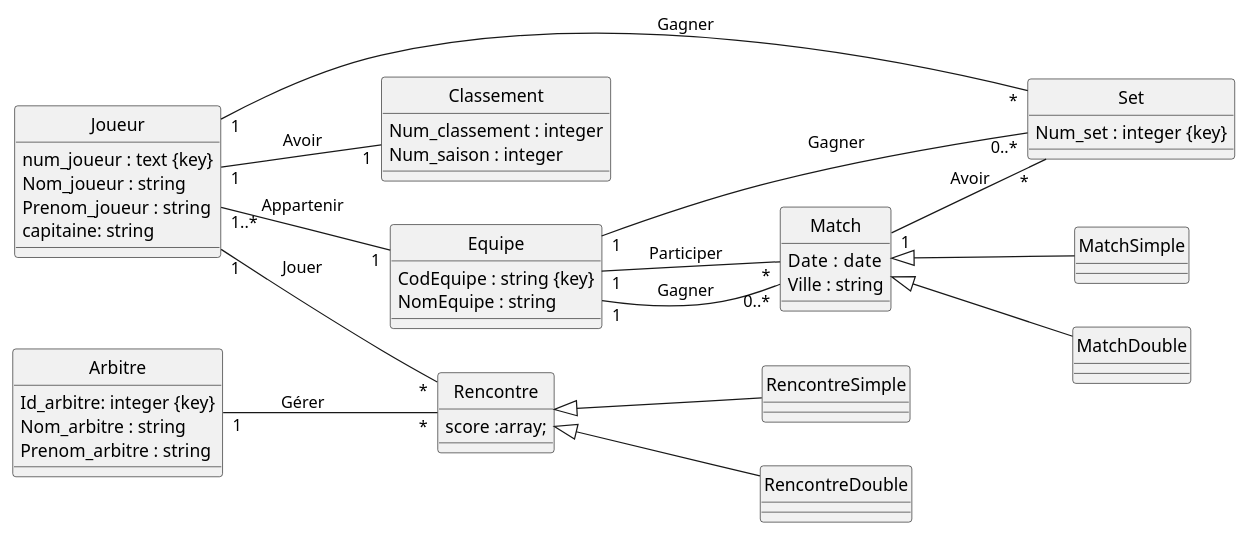
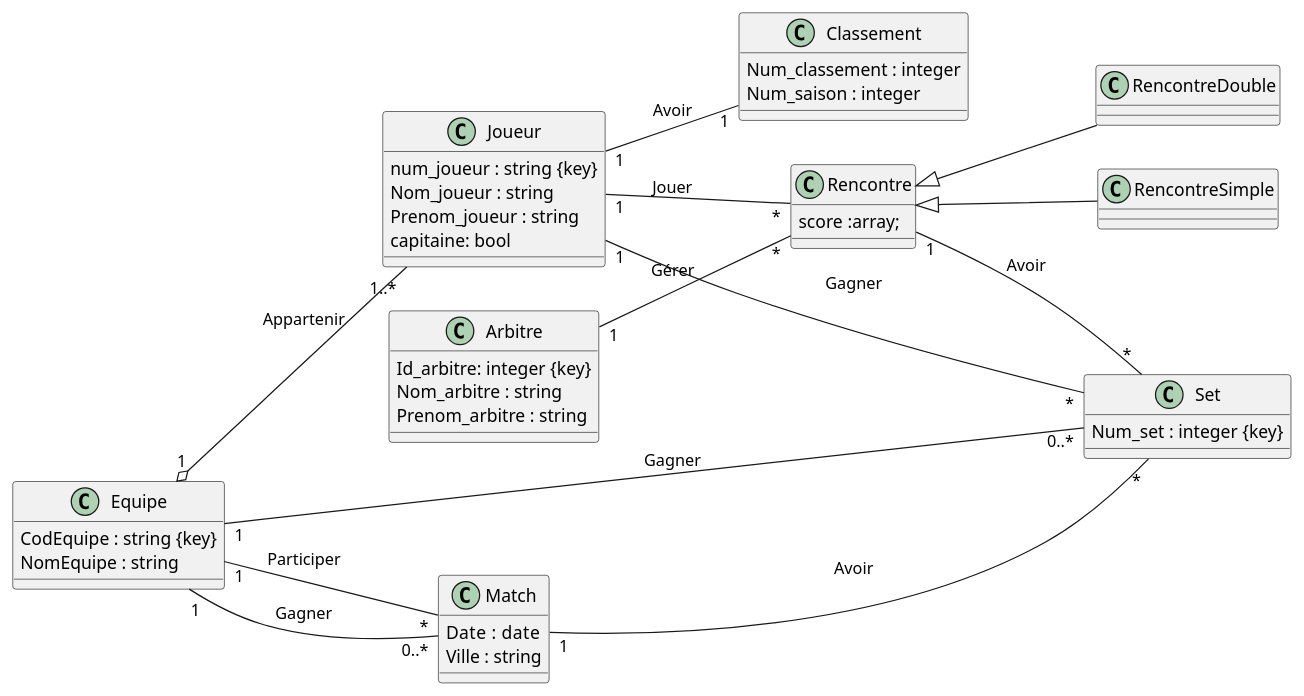
Before and after one commit to messaouda83/Tenniss_de_table: the diagram in diagramClass.plantuml, drawn with PlantUML.

Commit message:
supression des deux classes MatchDouble MatchSimple agregation entre joueur et equipe etablir le lien entre Match et set

```diff
--- a/diagramClass.plantuml
+++ b/diagramClass.plantuml
@@ -1,83 +1,71 @@
 @startuml
 
-hide circle
+'hide circle
 left to right direction 
 ' Déclaration de classes
 
 class Joueur
  {
-    num_joueur : text {key}
+    num_joueur : string {key}
     Nom_joueur : string
     Prenom_joueur : string
-    capitaine: string
+    capitaine: bool
  }
 
 class Classement
   {
     Num_classement : integer
     Num_saison : integer
   }
 class Rencontre 
   {
   score :array;
   }
 class RencontreSimple
   {
 
   }
 
 class RencontreDouble
   {
 
   }
 class Equipe 
   {
     CodEquipe : string {key}
     NomEquipe : string
   }
 
 class Match
 {
 'la date du match et la ville ou se déroule
   Date  : date 
   Ville : string
 }
-
-class MatchSimple
-  {
-
-  }
-
-class MatchDouble
-  {
-
-  }
-
   class Arbitre 
 {
   Id_arbitre: integer {key}
   Nom_arbitre : string
   Prenom_arbitre : string
 } 
 
 class Set 
 {
   Num_set : integer {key}
 }
 ' Déclaration des relations entre différentes classes
 
 Joueur "1"--"1" Classement: Avoir
-Joueur "1..*" -- "1" Equipe: Appartenir
 Joueur "1" -- "*" Rencontre: Jouer
 Joueur "1" -- "*" Set :Gagner
 Equipe "1" -- "*" Match : Participer
 Match "1" -- "*" Set: Avoir
+Equipe "1" o-- "1..*" Joueur: Appartenir
 Equipe "1" -- "0..*" Match : Gagner
 Equipe "1" -- "0..*" Set : Gagner
-Match <|-- MatchSimple
-Match <|-- MatchDouble
+Rencontre "1" --"*" Set : Avoir
 Rencontre <|-- RencontreSimple
 Rencontre <|-- RencontreDouble
 Arbitre "1" -- "*" Rencontre : Gérer
 
 @enduml
```
